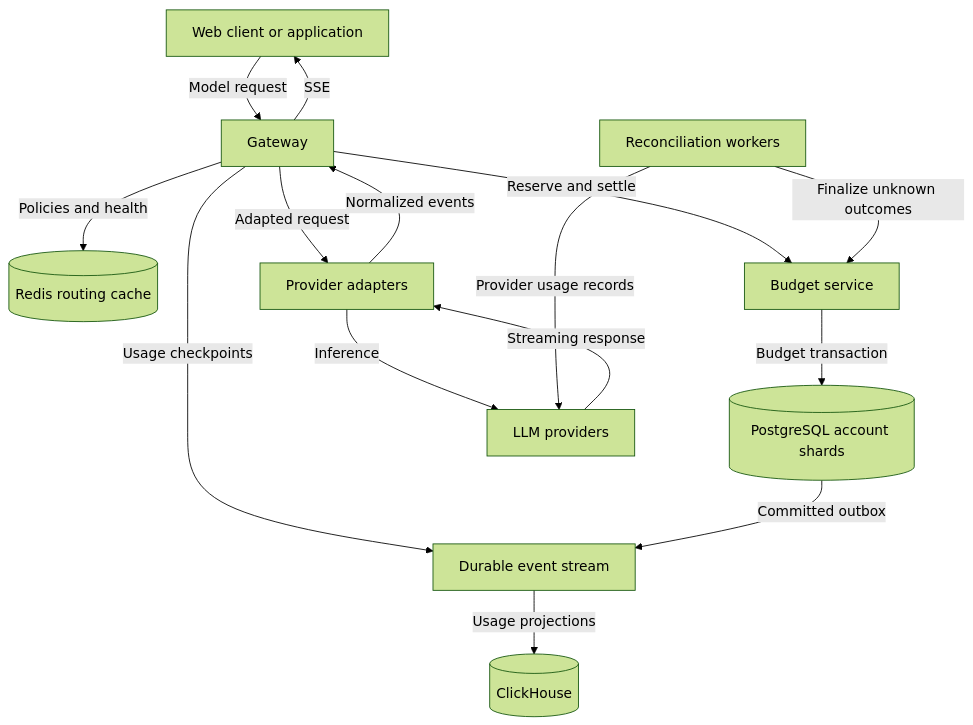
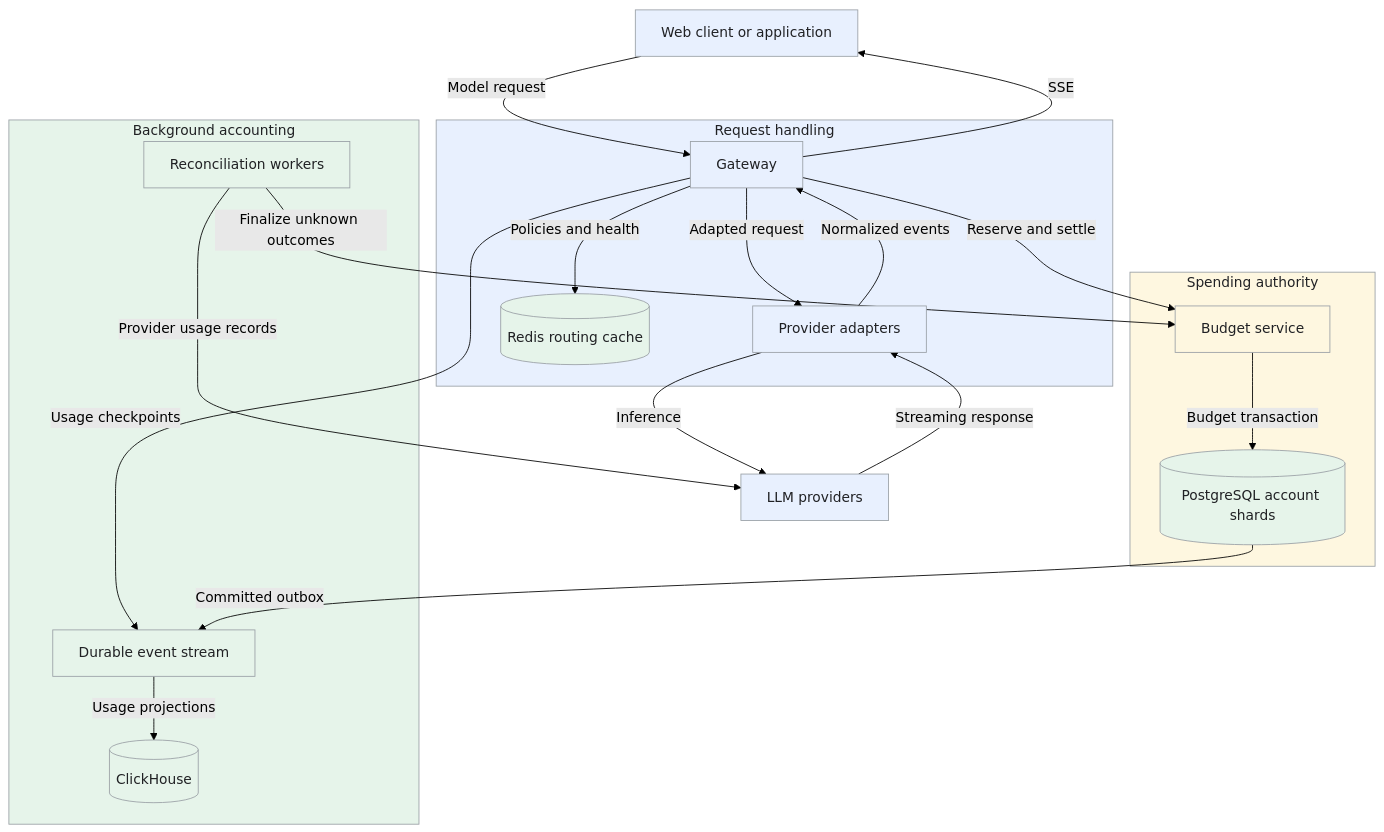
One commit to iliazlobin/iliazlobin.github.io changed the first of 4 diagrams in _designs/system-design-openrouter.md. Above: the diagram before and after it, drawn with Mermaid (forest theme). The commit also changed other lines of this file and 20 other files, not shown here.

Commit message:
Improve design flows, tradeoffs, and technology references

````diff
--- a/_designs/system-design-openrouter.md
+++ b/_designs/system-design-openrouter.md
@@ -136,17 +136,42 @@
 ```mermaid
 flowchart TB
-  C[Web client or application] -->|Model request| G[Gateway]
-  G -->|Policies and health| R[(Redis routing cache)]
-  G -->|Reserve and settle| B[Budget service]
-  B -->|Budget transaction| P[(PostgreSQL account shards)]
-  G -->|Adapted request| A[Provider adapters]
-  A -->|Inference| U[LLM providers]
+  C[Web client or application]
+  U[LLM providers]
+  subgraph Request["Request handling"]
+    G[Gateway]
+    A[Provider adapters]
+    R[(Redis routing cache)]
+  end
+  subgraph Spending["Spending authority"]
+    B[Budget service]
+    P[(PostgreSQL account shards)]
+  end
+  subgraph Accounting["Background accounting"]
+    E[Durable event stream]
+    H[(ClickHouse)]
+    X[Reconciliation workers]
+  end
+  C -->|Model request| G
+  G -->|Policies and health| R
+  G -->|Reserve and settle| B
+  B -->|Budget transaction| P
+  G -->|Adapted request| A
+  A -->|Inference| U
   U -->|Streaming response| A
   A -->|Normalized events| G
   G -->|SSE| C
-  G -->|Usage checkpoints| E[Durable event stream]
+  G -->|Usage checkpoints| E
   P -->|Committed outbox| E
-  E -->|Usage projections| H[(ClickHouse)]
-  X[Reconciliation workers] -->|Provider usage records| U
+  E -->|Usage projections| H
+  X -->|Provider usage records| U
   X -->|Finalize unknown outcomes| B
+  classDef request fill:#e8f0fe,stroke:#9aa0a6,color:#202124,stroke-width:1px
+  classDef background fill:#e6f4ea,stroke:#9aa0a6,color:#202124,stroke-width:1px
+  classDef control fill:#fef7e0,stroke:#9aa0a6,color:#202124,stroke-width:1px
+  class C,G,A,U request
+  class R,P,E,H,X background
+  class B control
+  style Request fill:#e8f0fe,stroke:#9aa0a6,color:#202124,stroke-width:1px
+  style Spending fill:#fef7e0,stroke:#9aa0a6,color:#202124,stroke-width:1px
+  style Accounting fill:#e6f4ea,stroke:#9aa0a6,color:#202124,stroke-width:1px
 ```
````
